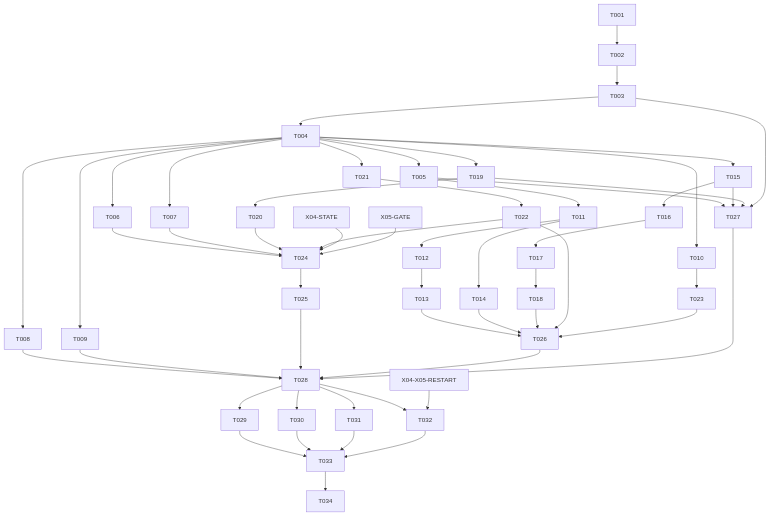
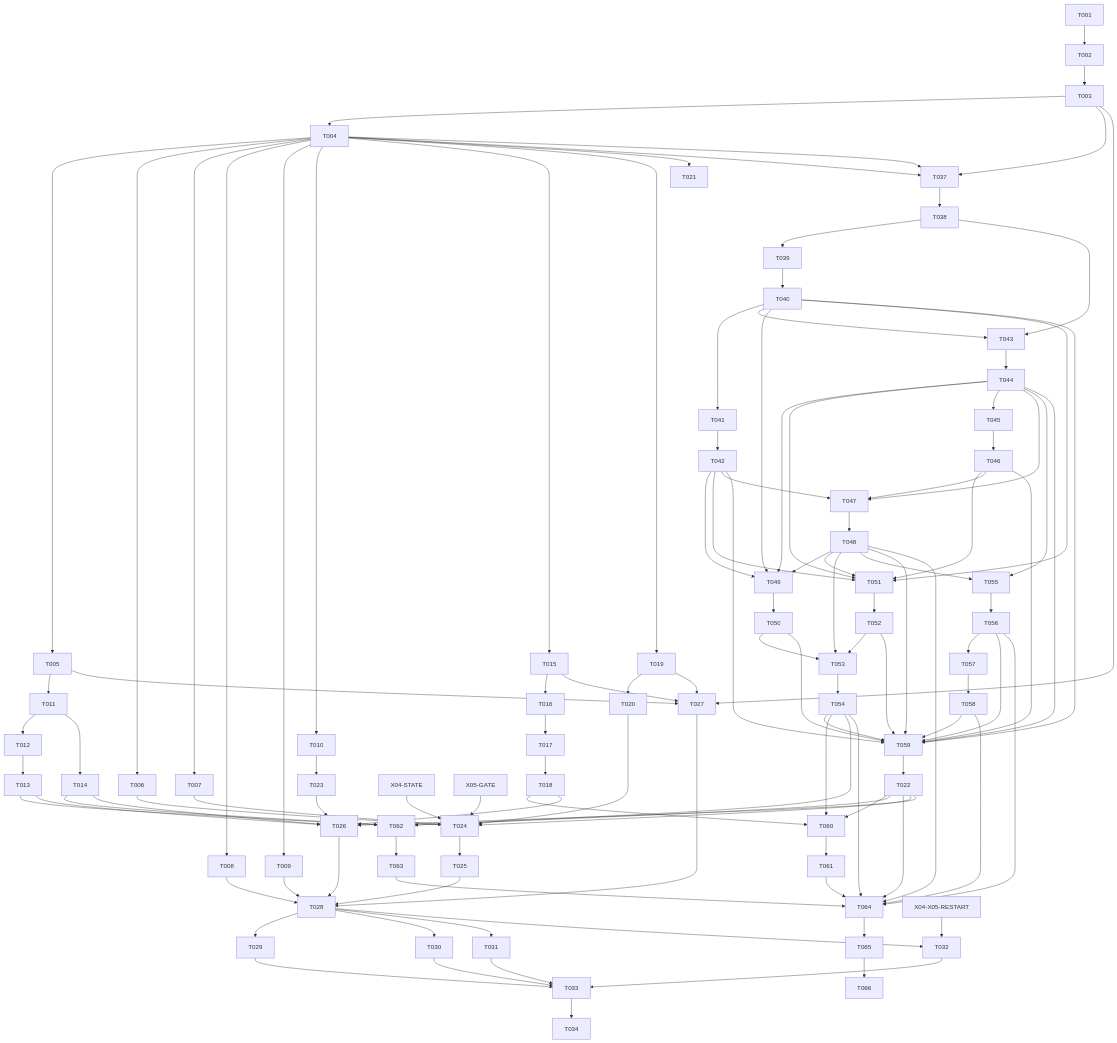
Before and after one commit to pminhtaiii/slop-loop: the diagram in specs/001-verified-code-repair/tasks.md, drawn with Mermaid. The commit also changed other lines of this file and 31 other files, not shown here.

````diff
--- a/specs/001-verified-code-repair/tasks.md
+++ b/specs/001-verified-code-repair/tasks.md
@@ -251,22 +251,33 @@
 ```mermaid
 flowchart TD
     T001 --> T002 --> T003 --> T004
-    T004 --> T005 & T006 & T007 & T008 & T009 & T010 & T015 & T019 & T021
+    T004 --> T005 & T006 & T007 & T008 & T009 & T010 & T015 & T019 & T021 & T037
     T005 --> T011
     T011 --> T012 --> T013
     T011 --> T014
     T015 --> T016 --> T017 --> T018
     T019 --> T020
-    T021 --> T022
     T010 --> T023
+    T003 & T004 --> T037 --> T038 --> T039 --> T040 --> T041 --> T042
+    T038 & T040 --> T043 --> T044
+    T040 & T042 & T044 & T048 --> T049 --> T050
+    T040 & T042 & T044 & T046 & T048 --> T051 --> T052
+    T044 --> T045 --> T046
+    T042 & T044 & T046 --> T047 --> T048
+    T048 & T050 & T052 --> T053 --> T054
+    T044 & T048 --> T055 --> T056 --> T057 --> T058
+    T040 & T042 & T044 & T046 & T048 & T050 & T052 & T054 & T056 & T058 --> T059 --> T022
+    T022 & T018 & T054 --> T060 --> T061
+    T022 & T013 & T014 & T054 --> T062 --> T063
+    T022 & T048 & T054 & T056 & T058 & T061 & T063 --> T064 --> T065 --> T066
     T006 & T007 & T020 & T022 --> T024
     X04[X04-STATE] --> T024
     X05[X05-GATE] --> T024
     T024 --> T025
     T013 & T014 & T018 & T022 & T023 --> T026
     T005 & T015 & T019 & T003 --> T027
     T008 & T009 & T025 & T026 & T027 --> T028
     T028 --> T029 & T030 & T031 & T032
     XR[X04-X05-RESTART] --> T032
     T029 & T030 & T031 & T032 --> T033 --> T034
 ```
````
